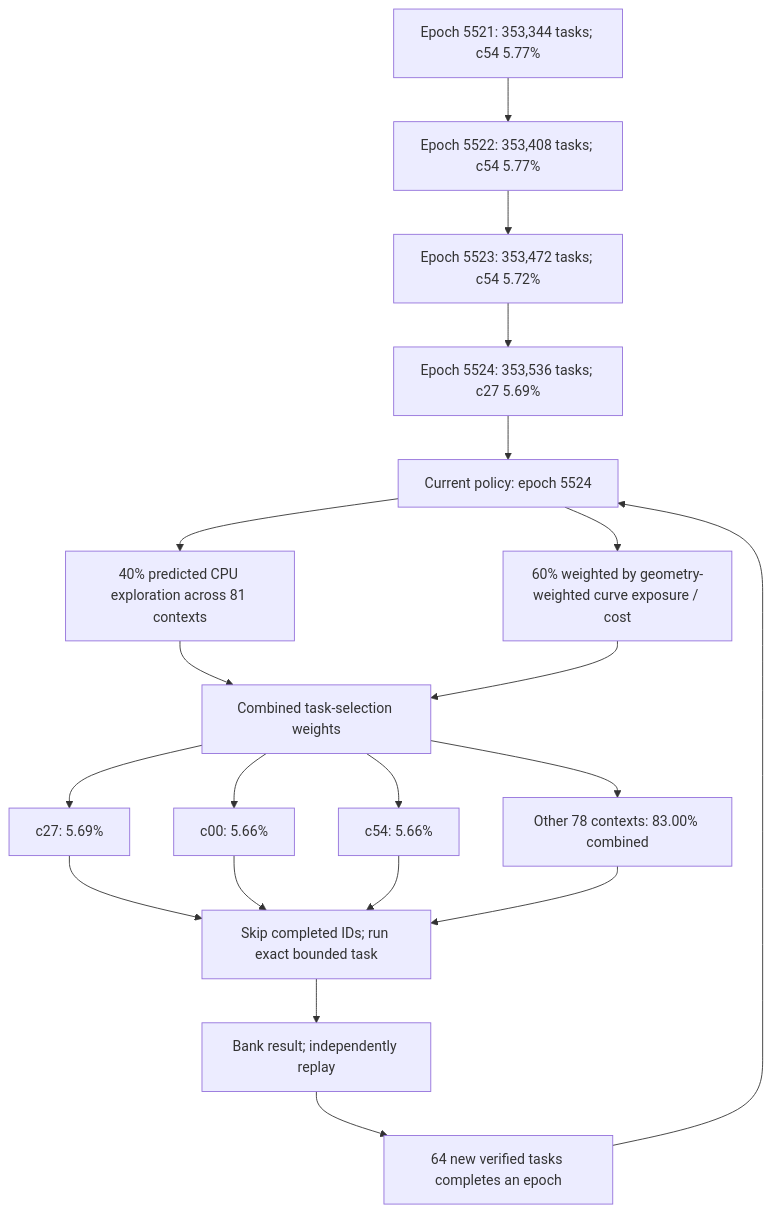
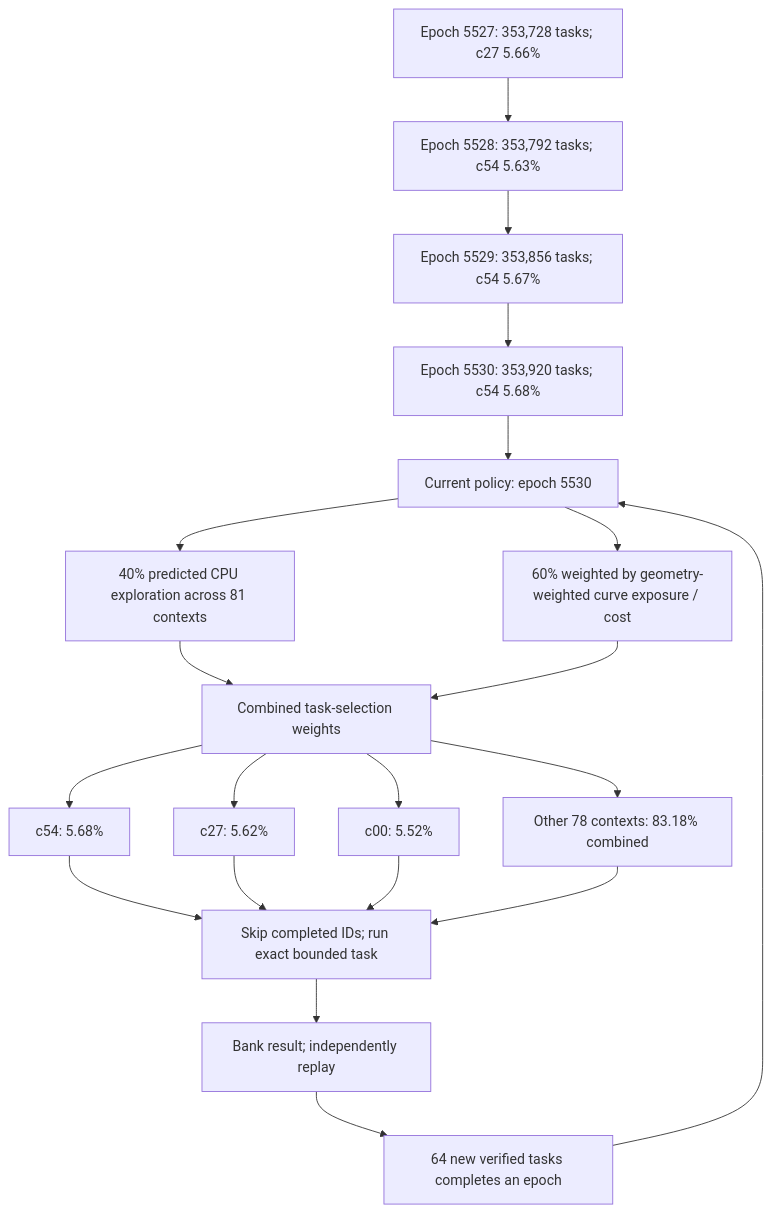
One commit to Kuberwastaken/math-gambling changed the first of 3 diagrams in README.md. Above: the diagram before and after it, drawn with Mermaid. The commit also changed other lines of this file and 1166 other files, not shown here.

````diff
--- a/README.md
+++ b/README.md
@@ -60,27 +60,27 @@
 ```mermaid
 flowchart TD
-    H0["Epoch 5521: 353,344 tasks; c54 5.77%"]
-    H1["Epoch 5522: 353,408 tasks; c54 5.77%"]
+    H0["Epoch 5527: 353,728 tasks; c27 5.66%"]
+    H1["Epoch 5528: 353,792 tasks; c54 5.63%"]
     H0 --> H1
-    H2["Epoch 5523: 353,472 tasks; c54 5.72%"]
+    H2["Epoch 5529: 353,856 tasks; c54 5.67%"]
     H1 --> H2
-    H3["Epoch 5524: 353,536 tasks; c27 5.69%"]
+    H3["Epoch 5530: 353,920 tasks; c54 5.68%"]
     H2 --> H3
-    Policy["Current policy: epoch 5524"]
+    Policy["Current policy: epoch 5530"]
     H3 --> Policy
     Policy --> Explore["40% predicted CPU exploration across 81 contexts"]
     Policy --> Cost["60% weighted by geometry-weighted curve exposure / cost"]
     Explore --> Mix["Combined task-selection weights"]
     Cost --> Mix
-    Mix --> C0["c27: 5.69%"]
-    Mix --> C1["c00: 5.66%"]
-    Mix --> C2["c54: 5.66%"]
-    Mix --> Rest["Other 78 contexts: 83.00% combined"]
+    Mix --> C0["c54: 5.68%"]
+    Mix --> C1["c27: 5.62%"]
+    Mix --> C2["c00: 5.52%"]
+    Mix --> Rest["Other 78 contexts: 83.18% combined"]
     C0 --> Check["Skip completed IDs; run exact bounded task"]
     C1 --> Check
     C2 --> Check
     Rest --> Check
     Check --> Replay["Bank result; independently replay"]
     Replay --> Gate["64 new verified tasks completes an epoch"]
     Gate --> Policy
 ```
````
